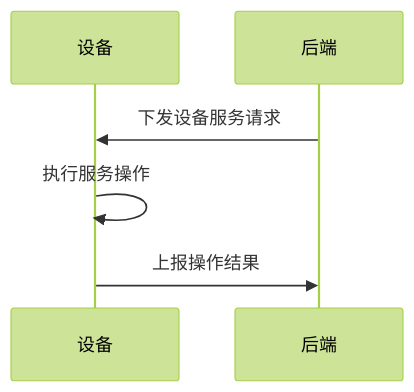
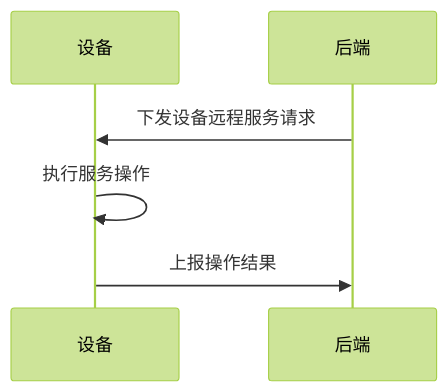
The sixth of 6 diagrams in projects/commercial/universal_app_api.md (shaojun/open_docs), drawn with Mermaid (forest theme) before and after one commit. The commit also changed other lines of this file and 1 other file, not shown here.

````diff
--- a/projects/commercial/universal_app_api.md
+++ b/projects/commercial/universal_app_api.md
@@ -126,8 +133,8 @@
 ```mermaid
 sequenceDiagram
     participant Device as 设备
     participant Backend as 后端
-    Backend->>Device: 下发设备服务请求
+    Backend->>Device: 下发设备远程服务请求
     Device->>Device: 执行服务操作
     Device->>Backend: 上报操作结果
 ```
````
